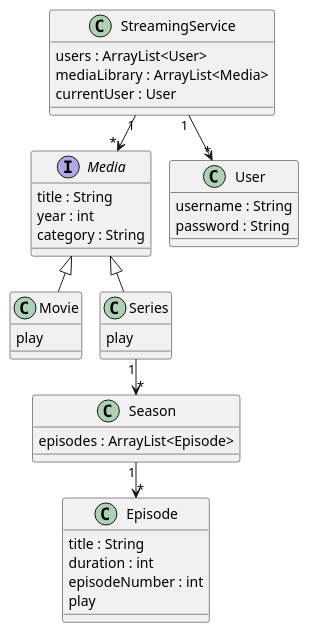
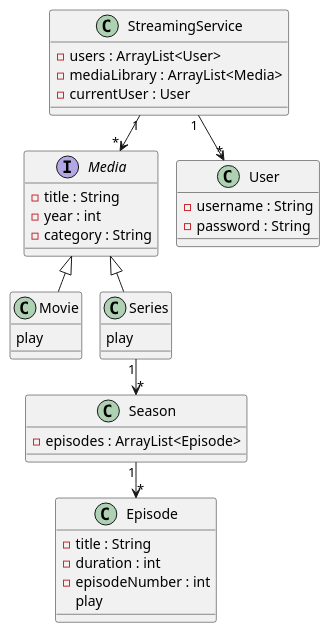
Before and after one commit to Britzgrank1/SP3: the diagram in doc/Classdiagram.puml, drawn with PlantUML.

Commit message:
ClassDiagram *not full finished* updated

```diff
--- a/doc/Classdiagram.puml
+++ b/doc/Classdiagram.puml
@@ -1,54 +1,54 @@
 @startuml
 !pragma layout smetana
 
 class StreamingService {
-    users : ArrayList<User>
-    mediaLibrary : ArrayList<Media>
-    currentUser : User
+    - users : ArrayList<User>
+    - mediaLibrary : ArrayList<Media>
+    - currentUser : User
 }
 
 Interface Media {
-    title : String
-    year : int
-    category : String
+    - title : String
+    - year : int
+    - category : String
 }
 
 class Movie {
     play
 }
 
 class Series {
     play
 }
 
 class Season {
-    episodes : ArrayList<Episode>
+    - episodes : ArrayList<Episode>
 }
 
 class Episode {
-    title : String
-    duration : int
-    episodeNumber : int
+    - title : String
+    - duration : int
+    - episodeNumber : int
     play
 }
 
 class User {
-    username : String
-    password : String
+    - username : String
+    - password : String
 }
 
 
 'Relationer'
 
 StreamingService "1" --> "*" User
 StreamingService "1" --> "*" Media
 
 
 Media <|-- Movie
 Media <|-- Series
 
 Series "1" --> "*" Season
 Season "1" --> "*" Episode
 
 
 @enduml
```
